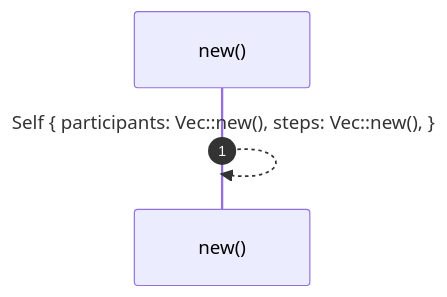
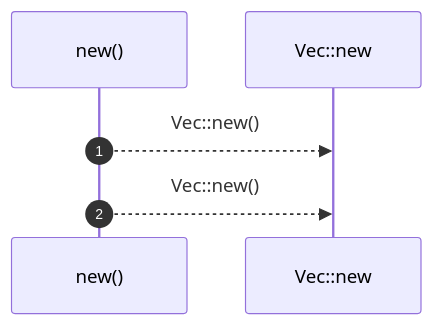
Before and after one commit to RyanGuild/self-describing-code: the first of 4 diagrams in docs/self-model/robby_ir/process/impl-process.md, drawn with Mermaid. The commit also changed other lines of this file and 1404 other files, not shown here.

````diff
--- a/docs/self-model/robby_ir/process/impl-process.md
+++ b/docs/self-model/robby_ir/process/impl-process.md
@@ -87,6 +105,8 @@
 ```mermaid
 sequenceDiagram
     autonumber
     participant new as new()
-    new-->>new: Self { participants: Vec::new(), steps: Vec::new(), }
+    participant Vec__new as Vec::new
+    new-->>Vec__new: Vec::new()
+    new-->>Vec__new: Vec::new()
 ```
````
